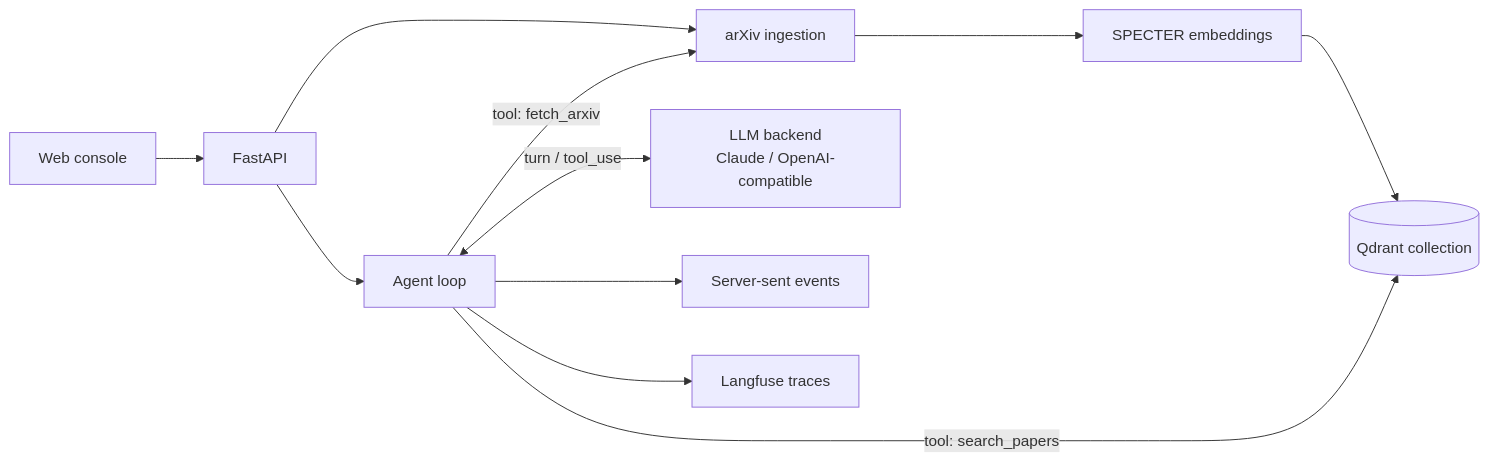
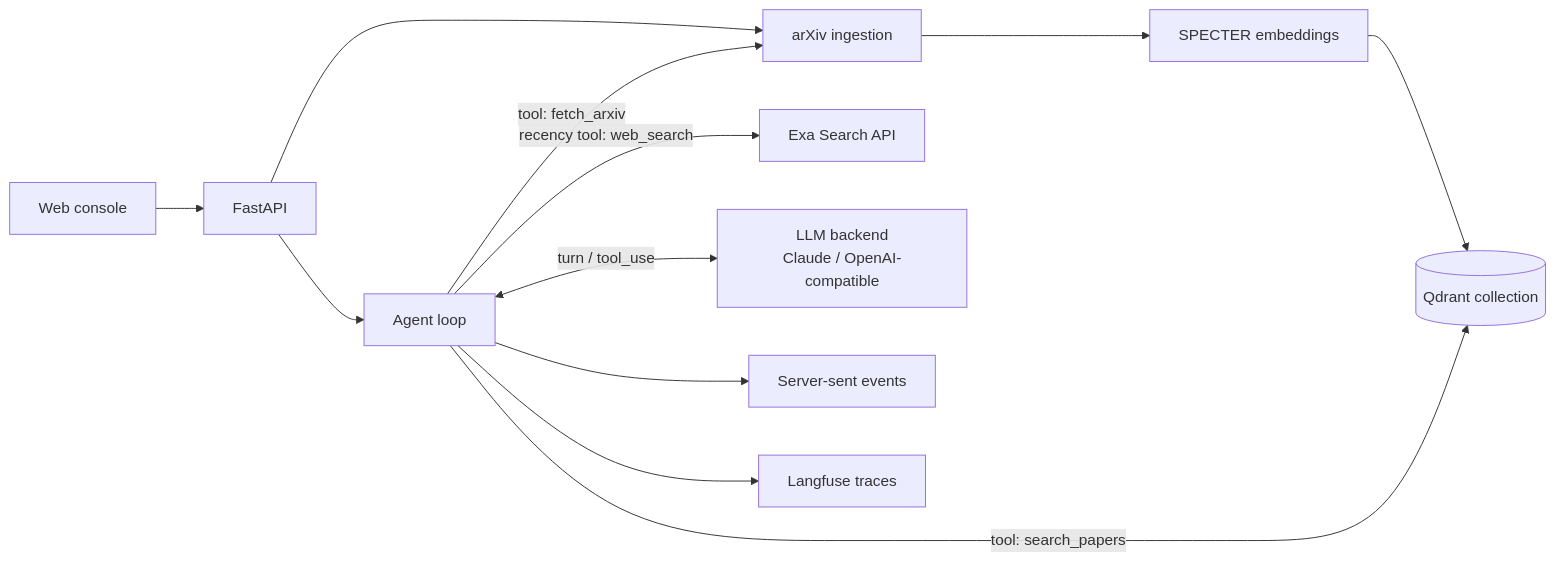
The diagram in README.md (julian-8897/research-brief-agent), drawn with Mermaid before and after one commit. The commit also changed other lines of this file and 16 other files, not shown here.

Commit message:
Add bounded recency web evidence

````diff
--- a/README.md
+++ b/README.md
@@ -11,13 +11,14 @@
 ```mermaid
 flowchart LR
     UI[Web console] --> API[FastAPI]
     API --> Ingest[arXiv ingestion]
     Ingest --> Embed[SPECTER embeddings]
     Embed --> Qdrant[(Qdrant collection)]
     API --> Agent[Agent loop]
     Agent -->|tool: search_papers| Qdrant
     Agent -->|tool: fetch_arxiv| Ingest
+    Agent -->|recency tool: web_search| Exa[Exa Search API]
     Agent <-->|turn / tool_use| LLM[LLM backend<br/>Claude / OpenAI-compatible]
     Agent --> Stream[Server-sent events]
     Agent --> Langfuse[Langfuse traces]
 ```
````
